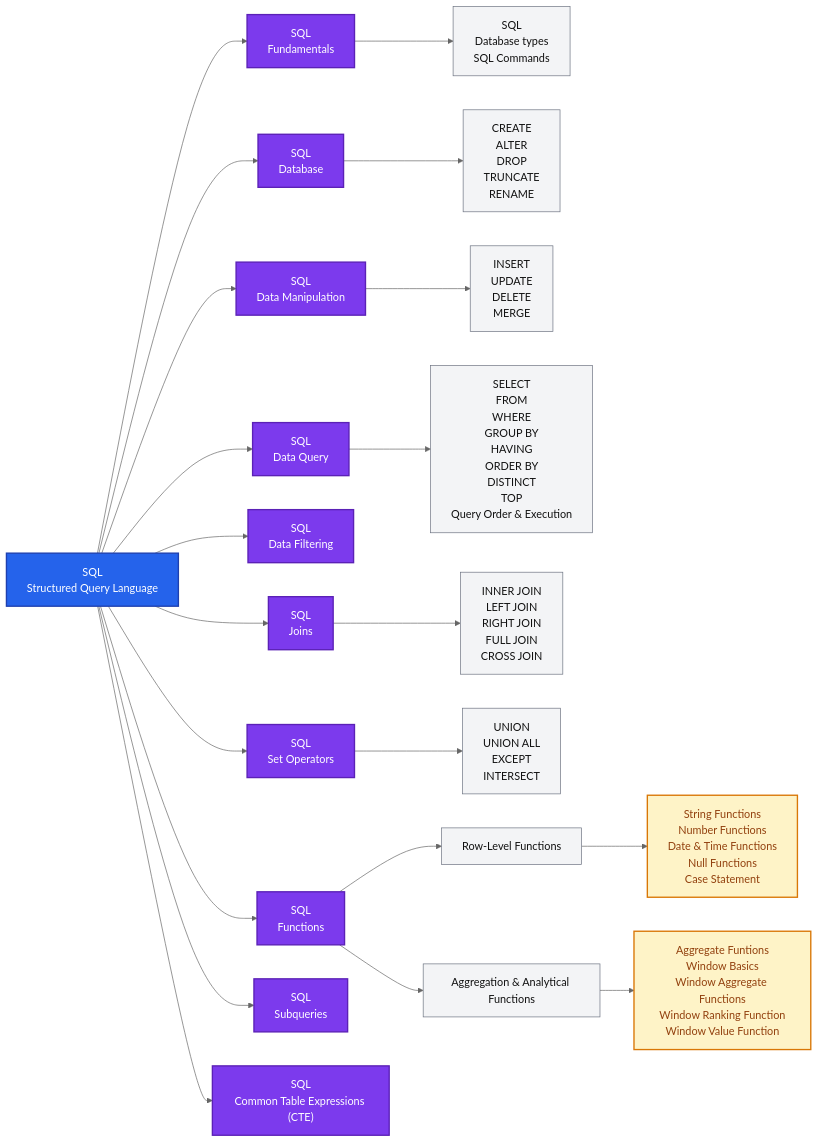
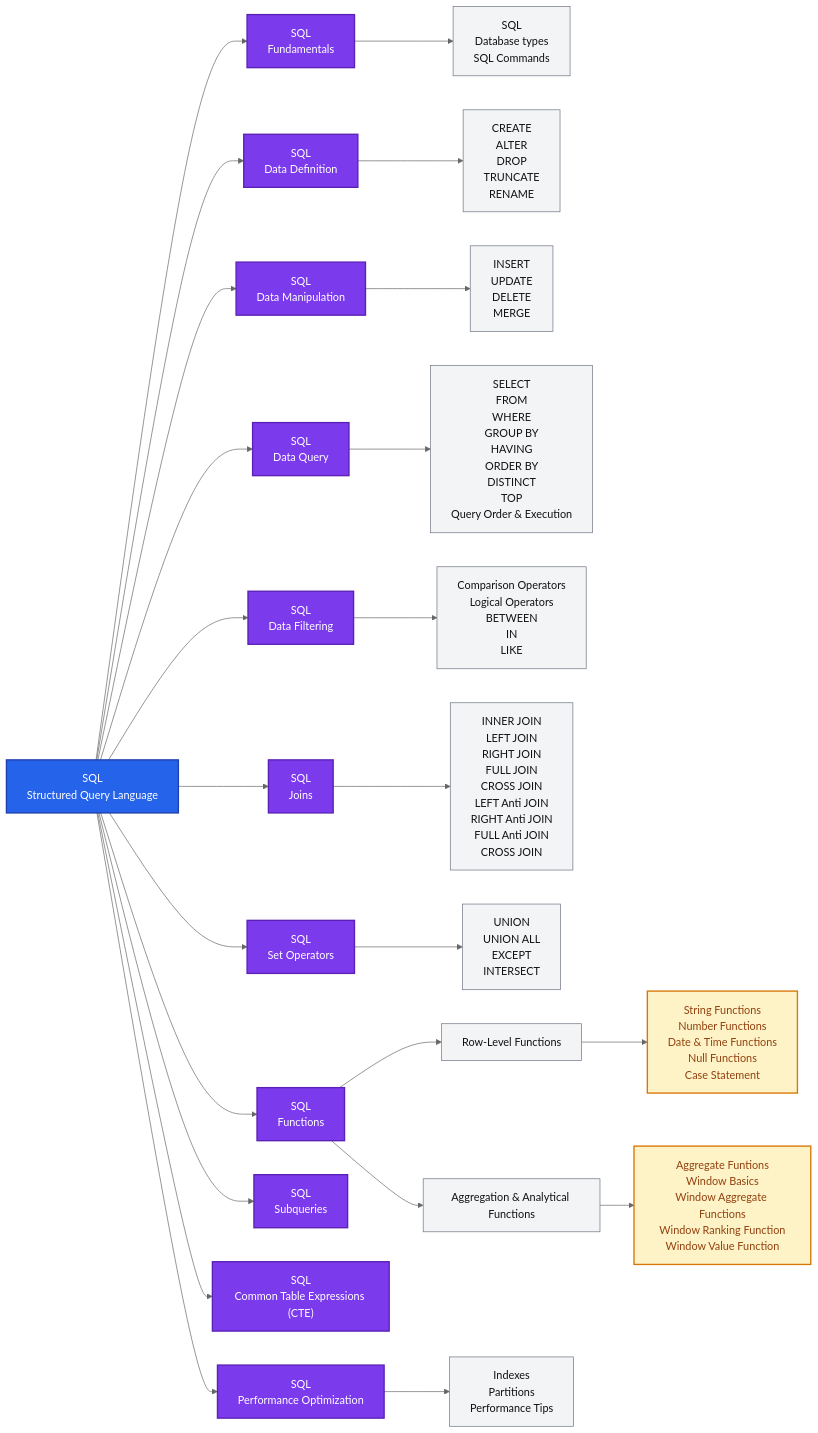
One commit to rosa-lpz/sql changed the first of 2 diagrams in README.md. Above: the diagram before and after it, drawn with Mermaid (neutral theme). The commit also changed 4 other files, not shown here.

First line of the commit message:
General overview flowchat and sql-data-definition

````diff
--- a/README.md
+++ b/README.md
@@ -27,36 +27,39 @@
 ```mermaid
 flowchart LR
 SQL["SQL<br/>Structured Query Language"]
 SQL --> Fundamentals["SQL<br/>Fundamentals"]
-SQL --> Database["SQL<br/>Database"]
+SQL --> Database["SQL<br/>Data Definition"]
 SQL --> DataManipulation["SQL<br/>Data Manipulation"]
 SQL --> DataQuery["SQL<br/>Data Query"]
 SQL --> DataFiltering["SQL<br/>Data Filtering"]
 SQL --> Joins["SQL<br/>Joins"]
 SQL --> SetOps["SQL<br/>Set Operators"]
 SQL --> Functions["SQL<br/>Functions"]
 SQL --> Subqueries["SQL<br/>Subqueries"]
 SQL --> CTE["SQL<br/>Common Table Expressions (CTE)"]
+SQL -->Performance["SQL<br/>Performance Optimization"]
 
 Fundamentals --> FundamentalsElements["SQL<br/>Database types<br/>SQL Commands"]
 Database-->DatabaseElements["CREATE<br/>ALTER<br/>DROP<br/>TRUNCATE<br/>RENAME"]
 DataManipulation-->DataMapElements["INSERT<br/>UPDATE<br/>DELETE<br/>MERGE"]
 DataQuery-->QueryElements["SELECT<br/>FROM<br/>WHERE<br/>GROUP BY<br/>HAVING<br/>ORDER BY<br/>DISTINCT<br/>TOP<br/>Query Order & Execution"]
-Joins-->JoinsElements["INNER JOIN<br/>LEFT JOIN<br/>RIGHT JOIN<br/>FULL JOIN<br/>CROSS JOIN"]
+DataFiltering-->DataFiltElements["Comparison Operators<br/>Logical Operators<br/>BETWEEN<br/>IN<br/>LIKE"]
+Joins-->JoinsElements["INNER JOIN<br/>LEFT JOIN<br/>RIGHT JOIN<br/>FULL JOIN<br/>CROSS JOIN<br/>LEFT Anti JOIN<br/>RIGHT Anti JOIN<br/>FULL Anti JOIN<br/>CROSS JOIN"]
 SetOps-->SetOpsElements["UNION<br/>UNION ALL<br/>EXCEPT<br/>INTERSECT"]
 Functions-->RowLevelFunctions["Row-Level Functions"]
 Functions-->AggrAnalyticalFunctions["Aggregation & Analytical Functions"]
 RowLevelFunctions-->RowLevFElm["String Functions<br/>Number Functions<br/>Date & Time Functions<br/>Null Functions<br/>Case Statement"]
 AggrAnalyticalFunctions-->AggrAnalyticalFElm["Aggregate Funtions<br/>Window Basics<br/>Window Aggregate Functions<br/>Window Ranking Function<br/>Window Value Function"]
 
+Performance-->PerformanceElements["Indexes<br/>Partitions<br/>Performance Tips"]
 
 classDef sql fill:#2563eb,color:#fff,stroke:#1e40af,stroke-width:2px
 classDef category fill:#7c3aed,color:#fff,stroke:#5b21b6,stroke-width:2px
 classDef command fill:#f3f4f6,color:#111,stroke:#6b7280
 classDef logic fill:#fef3c7,color:#92400e,stroke:#d97706,stroke-width:2px
 
 class SQL sql
-class Fundamentals,Database,DataManipulation,DataQuery,DataFiltering,Joins,SetOps,Functions,Subqueries,CTE category
-class FundamentalsElements,DatabaseElements,DataMapElements,QueryElements,JoinsElements,SetOpsElements,RowLevelFunctions,AggrAnalyticalFunctions command
+class Fundamentals,Database,DataManipulation,DataQuery,DataFiltering,Joins,SetOps,Functions,Subqueries,CTE,Performance category
+class FundamentalsElements,DatabaseElements,DataMapElements,QueryElements,DataFiltElements,JoinsElements,SetOpsElements,RowLevelFunctions,AggrAnalyticalFunctions,PerformanceElements command
 class RowLevFElm,AggrAnalyticalFElm logic
 ```
````
